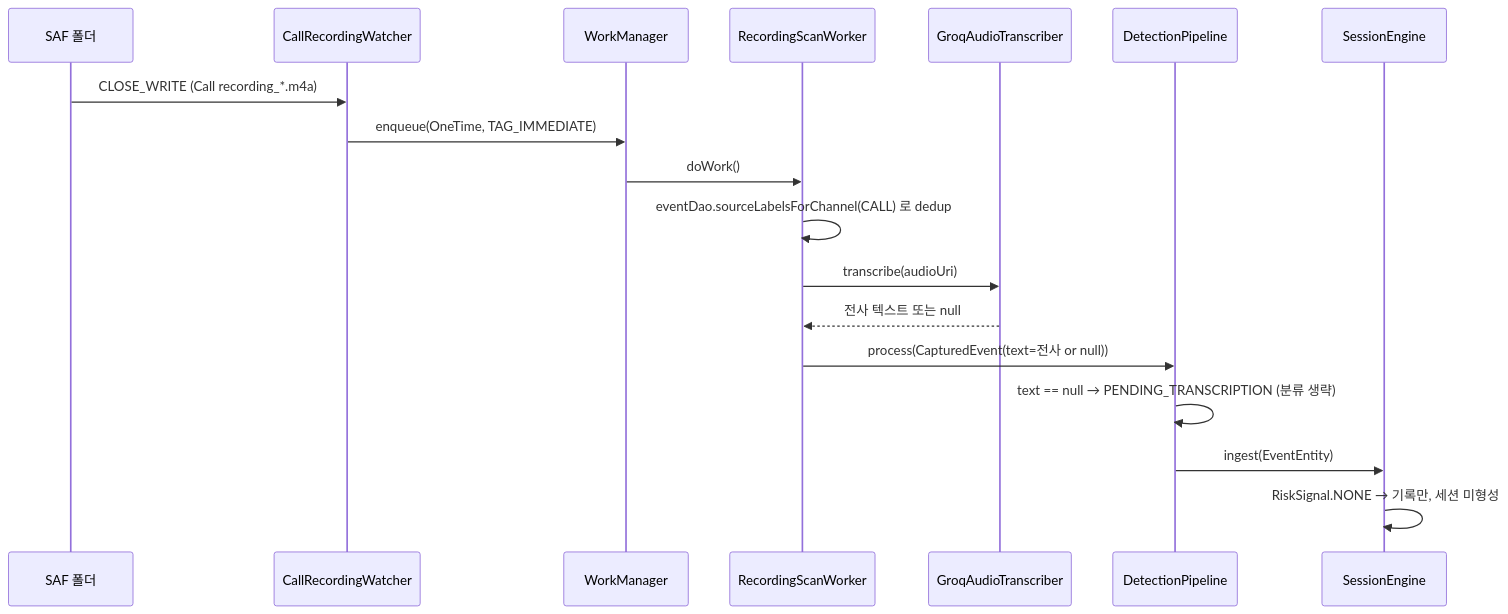
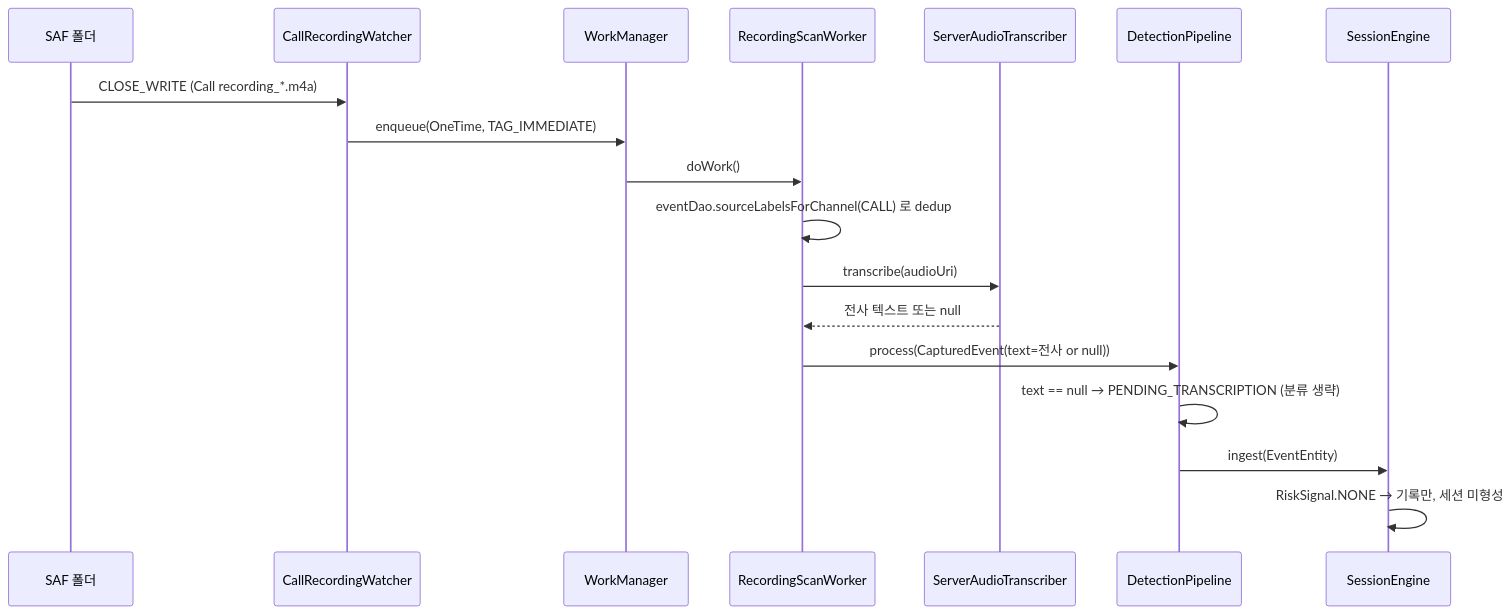
Before and after one commit to AVA-Ajou/AVA-app: the second of 3 diagrams in docs/architecture.md, drawn with Mermaid. The commit also changed other lines of this file and 26 other files, not shown here.

````diff
--- a/docs/architecture.md
+++ b/docs/architecture.md
@@ -48,21 +47,21 @@
 ```mermaid
 sequenceDiagram
     participant FS as SAF 폴더
     participant W as CallRecordingWatcher
     participant WM as WorkManager
     participant SW as RecordingScanWorker
-    participant STT as GroqAudioTranscriber
+    participant STT as ServerAudioTranscriber
     participant P as DetectionPipeline
     participant S as SessionEngine
 
     FS->>W: CLOSE_WRITE (Call recording_*.m4a)
     W->>WM: enqueue(OneTime, TAG_IMMEDIATE)
     WM->>SW: doWork()
     SW->>SW: eventDao.sourceLabelsForChannel(CALL) 로 dedup
     SW->>STT: transcribe(audioUri)
     STT-->>SW: 전사 텍스트 또는 null
     SW->>P: process(CapturedEvent(text=전사 or null))
     P->>P: text == null → PENDING_TRANSCRIPTION (분류 생략)
     P->>S: ingest(EventEntity)
     S->>S: RiskSignal.NONE → 기록만, 세션 미형성
 ```
````
